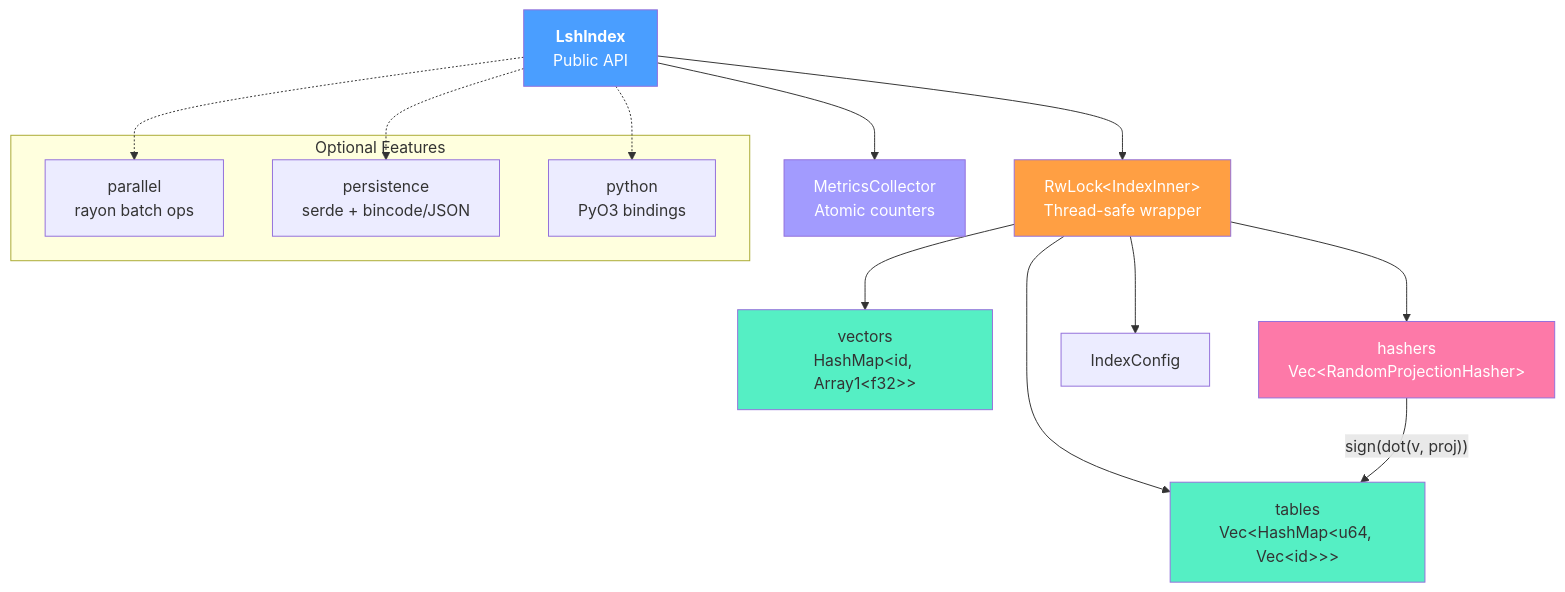
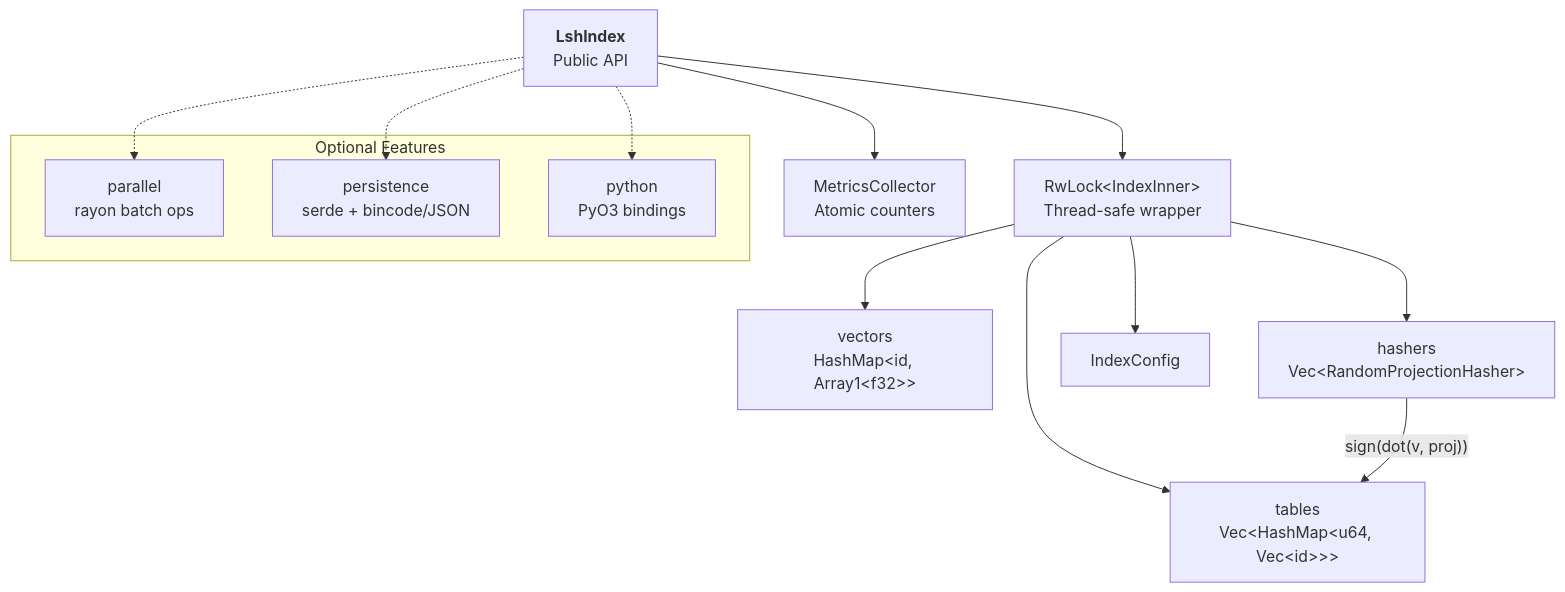
The first of 3 diagrams in README.md (kunalsinghdadhwal/superbit), drawn with Mermaid before and after one commit. The commit also changed other lines of this file, not shown here.

Commit message:
docs: remove fill styles from Mermaid diagrams

````diff
--- a/README.md
+++ b/README.md
@@ -49,29 +49,22 @@
 ```mermaid
 graph TD
     A[<b>LshIndex</b><br/>Public API] --> B[RwLock&lt;IndexInner&gt;<br/>Thread-safe wrapper]
     A --> M[MetricsCollector<br/>Atomic counters]
 
     B --> V[vectors<br/>HashMap&lt;id, Array1&lt;f32&gt;&gt;]
     B --> T[tables<br/>Vec&lt;HashMap&lt;u64, Vec&lt;id&gt;&gt;&gt;]
     B --> H[hashers<br/>Vec&lt;RandomProjectionHasher&gt;]
     B --> C[IndexConfig]
 
     H --> |"sign(dot(v, proj))"| T
 
     subgraph Optional Features
         P[parallel<br/>rayon batch ops]
         S[persistence<br/>serde + bincode/JSON]
         PY[python<br/>PyO3 bindings]
     end
 
     A -.-> P
     A -.-> S
     A -.-> PY
-
-    style A fill:#4a9eff,color:#fff
-    style B fill:#ff9f43,color:#fff
-    style M fill:#a29bfe,color:#fff
-    style V fill:#55efc4,color:#333
-    style T fill:#55efc4,color:#333
-    style H fill:#fd79a8,color:#fff
 ```
````
